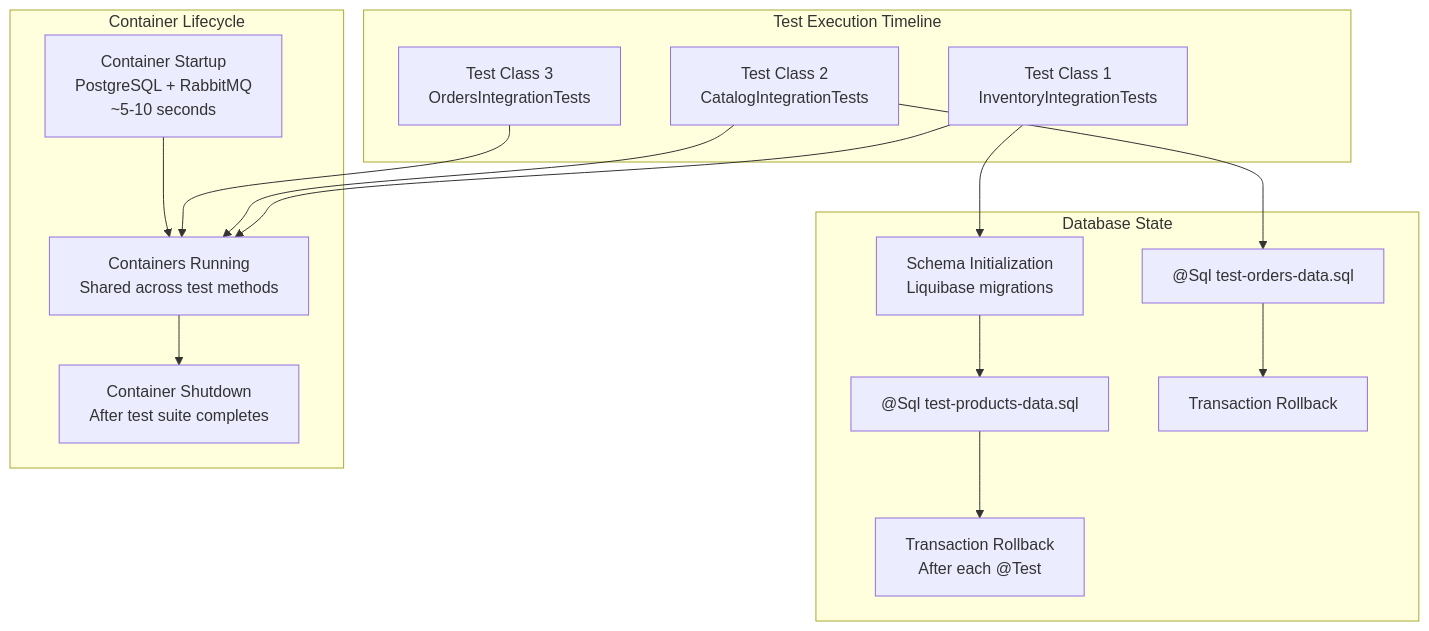
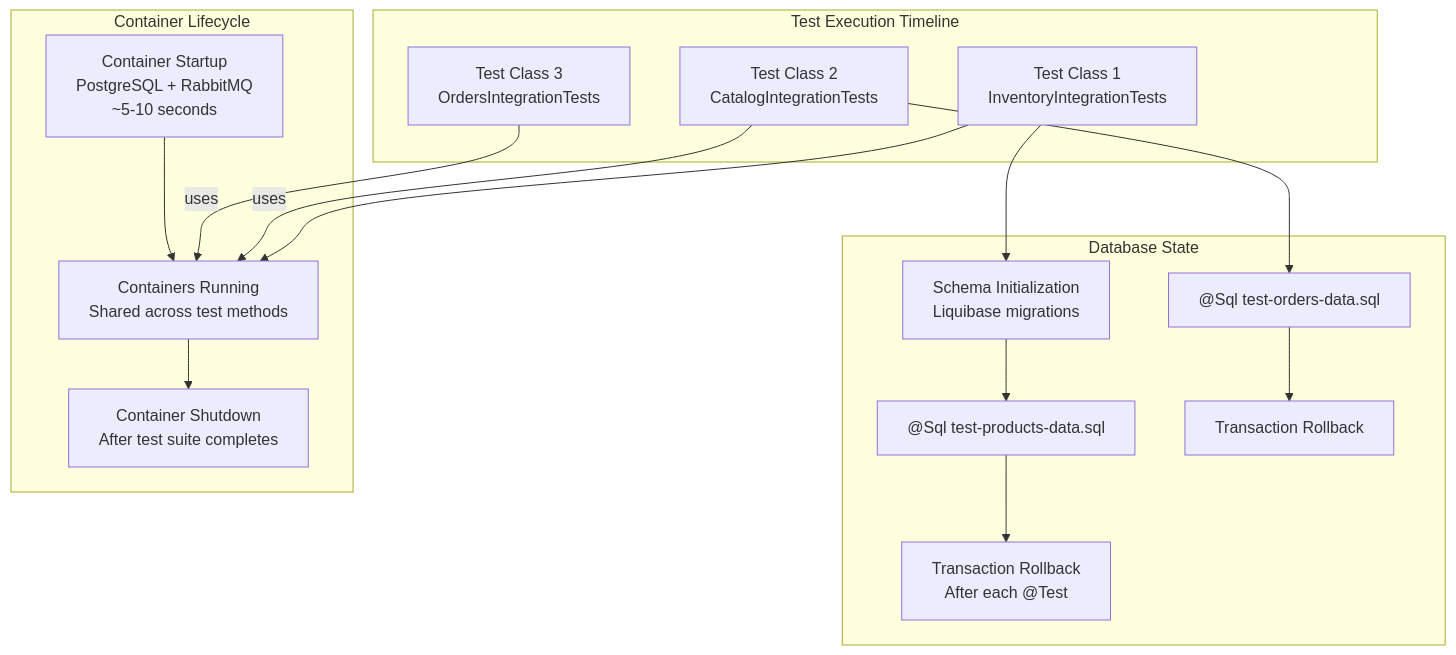
One commit to philipz/spring-modular-monolith changed the fourth of 5 diagrams in docs/deepwiki/Integration-Testing-Strategies.md. Above: the diagram before and after it, drawn with Mermaid. The commit also changed other lines of this file and 55 other files, not shown here.

````diff
--- a/docs/deepwiki/Integration-Testing-Strategies.md
+++ b/docs/deepwiki/Integration-Testing-Strategies.md
@@ -292,46 +292,46 @@
 ```mermaid
 flowchart TD
 
 T1["Test Class 1<br>InventoryIntegrationTests"]
 T2["Test Class 2<br>CatalogIntegrationTests"]
 T3["Test Class 3<br>OrdersIntegrationTests"]
 Start["Container Startup<br>PostgreSQL + RabbitMQ<br>~5-10 seconds"]
 Running["Containers Running<br>Shared across test methods"]
 Shutdown["Container Shutdown<br>After test suite completes"]
 Schema1["Schema Initialization<br>Liquibase migrations"]
 Data1["@Sql test-products-data.sql"]
 Rollback1["Transaction Rollback<br>After each @Test"]
 Data2["@Sql test-orders-data.sql"]
 Rollback2["Transaction Rollback"]
 
 T1 --> Running
 T1 --> Schema1
-T2 --> Running
+T2 -->|"uses"| Running
 T2 --> Data2
-T3 --> Running
+T3 -->|"uses"| Running
 
 subgraph subGraph2 ["Database State"]
     Schema1
     Data1
     Rollback1
     Data2
     Rollback2
     Schema1 --> Data1
     Data1 --> Rollback1
     Data2 --> Rollback2
 end
 
 subgraph subGraph1 ["Container Lifecycle"]
     Start
     Running
     Shutdown
     Start --> Running
     Running --> Shutdown
 end
 
 subgraph subGraph0 ["Test Execution Timeline"]
     T1
     T2
     T3
 end
 ```
````
